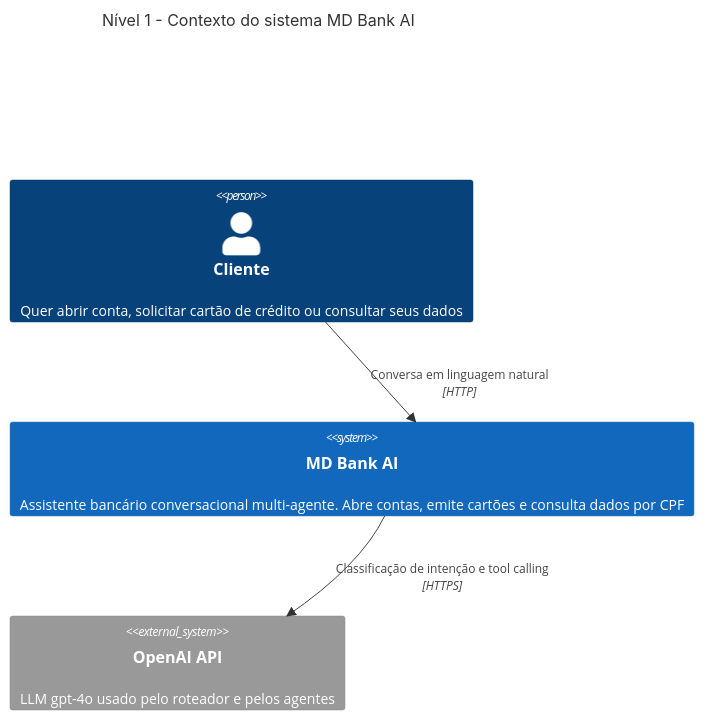
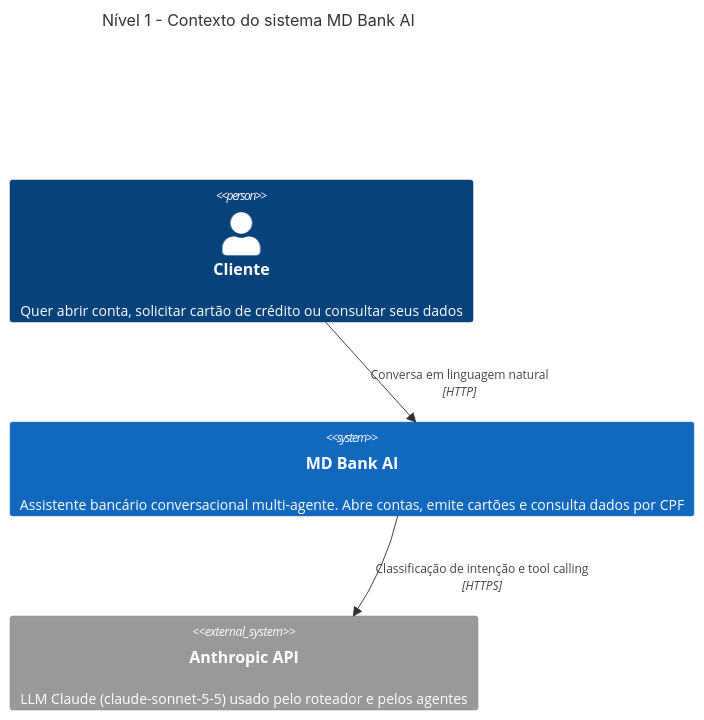
Before and after one commit to eltonmesquita87/poc-bank-conversacional: the first of 3 diagrams in docs/arquitetura.md, drawn with Mermaid. The commit also changed other lines of this file and 31 other files, not shown here.

````diff
--- a/docs/arquitetura.md
+++ b/docs/arquitetura.md
@@ -38,13 +38,13 @@
 ```mermaid
 C4Context
     title Nível 1 - Contexto do sistema MD Bank AI
 
     Person(cliente, "Cliente", "Quer abrir conta, solicitar cartão de crédito ou consultar seus dados")
 
     System(mdbank, "MD Bank AI", "Assistente bancário conversacional multi-agente. Abre contas, emite cartões e consulta dados por CPF")
 
-    System_Ext(openai, "OpenAI API", "LLM gpt-4o usado pelo roteador e pelos agentes")
+    System_Ext(openai, "Anthropic API", "LLM Claude (claude-sonnet-5-5) usado pelo roteador e pelos agentes")
 
     Rel(cliente, mdbank, "Conversa em linguagem natural", "HTTP")
     Rel(mdbank, openai, "Classificação de intenção e tool calling", "HTTPS")
 ```
````
